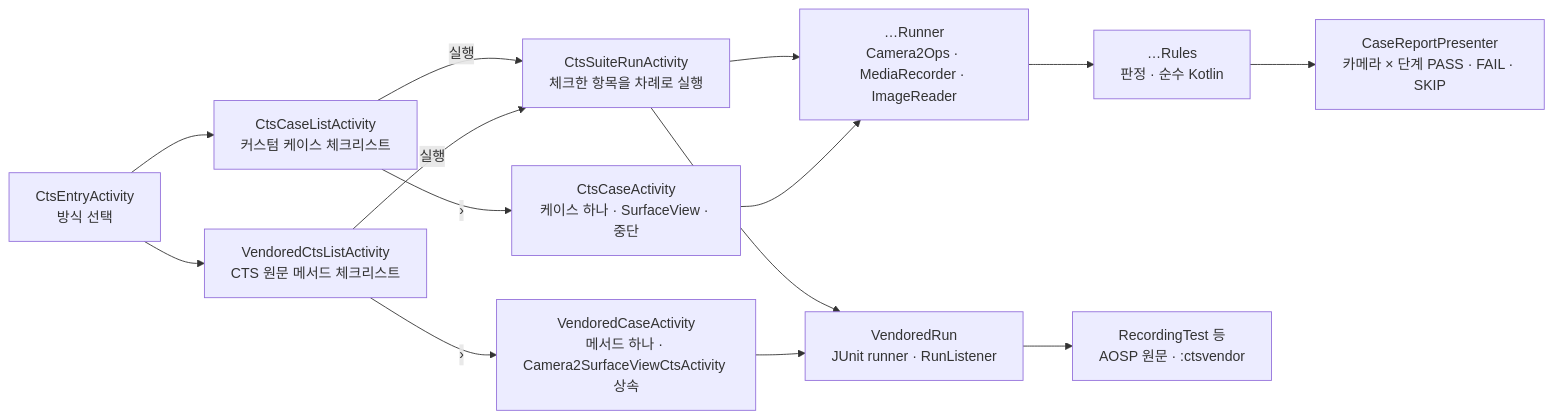
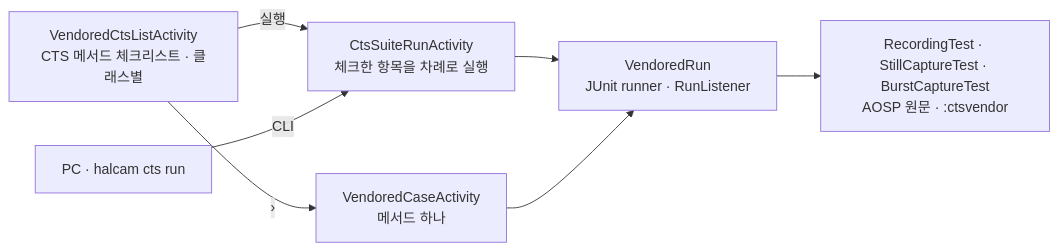
One commit to TTolsun/hal-camera changed the diagram in guide/cts.md. Above: the diagram before and after it, drawn with Mermaid. The commit also changed other lines of this file and 83 other files, not shown here.

````diff
--- a/guide/cts.md
+++ b/guide/cts.md
@@ -8,16 +8,9 @@
 ```mermaid
 flowchart LR
-    E["CtsEntryActivity<br/>방식 선택"] --> L["CtsCaseListActivity<br/>커스텀 케이스 체크리스트"]
-    E --> V["VendoredCtsListActivity<br/>CTS 원문 메서드 체크리스트"]
-    L -->|실행| S["CtsSuiteRunActivity<br/>체크한 항목을 차례로 실행"]
-    V -->|실행| S
-    L -->|›| A["CtsCaseActivity<br/>케이스 하나 · SurfaceView · 중단"]
-    S --> R["…Runner<br/>Camera2Ops · MediaRecorder · ImageReader"]
-    A --> R
-    R --> J["…Rules<br/>판정 · 순수 Kotlin"]
-    J --> P["CaseReportPresenter<br/>카메라 × 단계 PASS · FAIL · SKIP"]
-    V -->|›| H["VendoredCaseActivity<br/>메서드 하나 · Camera2SurfaceViewCtsActivity 상속"]
+    V["VendoredCtsListActivity<br/>CTS 메서드 체크리스트 · 클래스별"] -->|실행| S["CtsSuiteRunActivity<br/>체크한 항목을 차례로 실행"]
+    V -->|›| H["VendoredCaseActivity<br/>메서드 하나"]
     S --> U["VendoredRun<br/>JUnit runner · RunListener"]
     H --> U
-    U --> T["RecordingTest 등<br/>AOSP 원문 · :ctsvendor"]
+    U --> T["RecordingTest · StillCaptureTest · BurstCaptureTest<br/>AOSP 원문 · :ctsvendor"]
+    C["PC · halcam cts run"] -->|CLI| S
 ```
````
